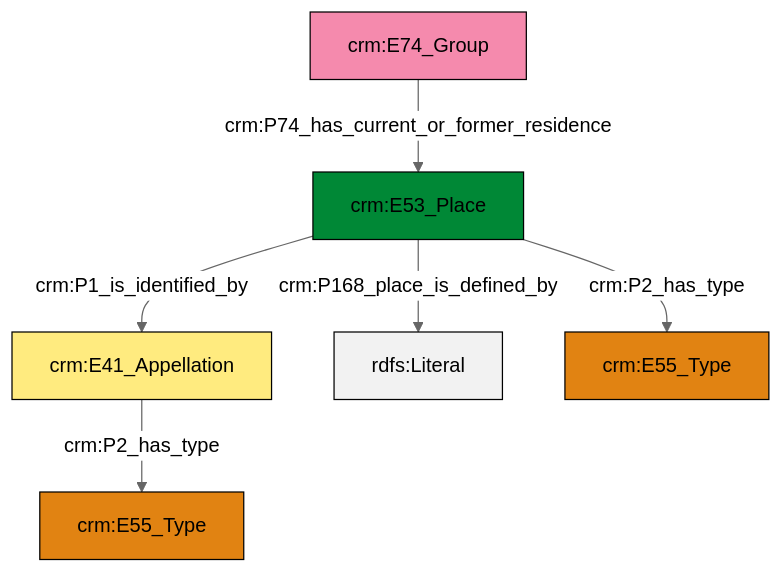
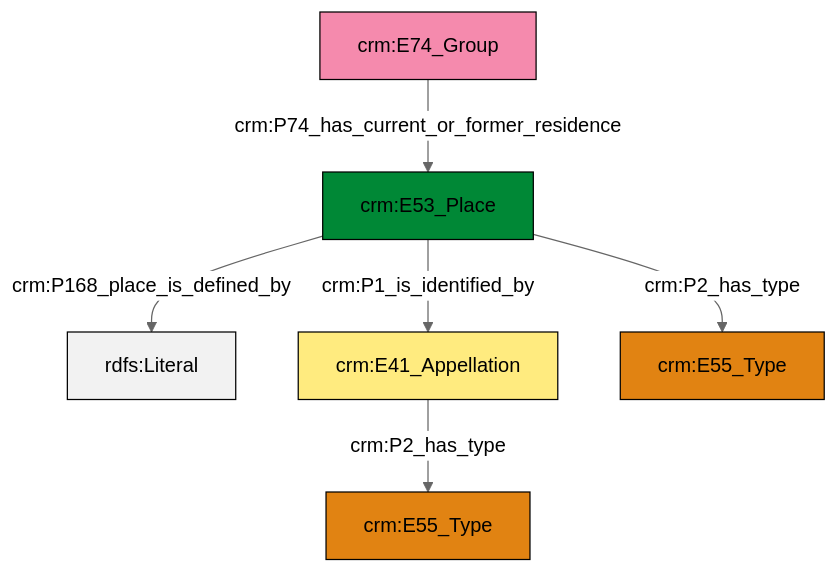
One commit to swiss-art-research-net/docs.swissartresearch changed the diagram in et/groupCSV/ttl/mmd/group_location.ttl.mmd. Above: the diagram before and after it, drawn with Mermaid (neutral theme). The commit also changed 176 other files, not shown here.

```diff
--- a/et/groupCSV/ttl/mmd/group_location.ttl.mmd
+++ b/et/groupCSV/ttl/mmd/group_location.ttl.mmd
@@ -1,20 +1,20 @@
 graph TD
 classDef Literal fill:#f2f2f2,stroke:#000000;
 classDef CRM_Entity fill:#FFFFFF,stroke:#000000;
 classDef Temporal_Entity fill:#00C9E6, stroke:#000000;
 classDef Type fill:#E18312, stroke:#000000;
 classDef Time-Span fill:#2C9C91, stroke:#000000;
 classDef Appellation fill:#FFEB7F, stroke:#000000;
 classDef Place fill:#008836, stroke:#000000;
 classDef Persistent_Item fill:#B266B2, stroke:#000000;
 classDef Conceptual_Object fill:#FFD700, stroke:#000000;
 classDef Physical_Thing fill:#D2B48C, stroke:#000000;
 classDef Actor fill:#f58aad, stroke:#000000;
 classDef PC_Classes fill:#4ce600, stroke:#000000;
 classDef Multi fill:#cccccc,stroke:#000000;
 
-4["crm:E53_Place"]:::Place -->|crm:P168_place_is_defined_by| 5[rdfs:Literal]:::Literal
-2["crm:E41_Appellation"]:::Appellation -->|crm:P2_has_type| 6["crm:E55_Type"]:::Type
-0["crm:E74_Group"]:::Actor -->|crm:P74_has_current_or_former_residence| 4["crm:E53_Place"]:::Place
-4["crm:E53_Place"]:::Place -->|crm:P1_is_identified_by| 2["crm:E41_Appellation"]:::Appellation
-4["crm:E53_Place"]:::Place -->|crm:P2_has_type| 8["crm:E55_Type"]:::Type
+0["crm:E53_Place"]:::Place -->|crm:P168_place_is_defined_by| 1[rdfs:Literal]:::Literal
+0["crm:E53_Place"]:::Place -->|crm:P1_is_identified_by| 2["crm:E41_Appellation"]:::Appellation
+9["crm:E74_Group"]:::Actor -->|crm:P74_has_current_or_former_residence| 0["crm:E53_Place"]:::Place
+0["crm:E53_Place"]:::Place -->|crm:P2_has_type| 7["crm:E55_Type"]:::Type
+2["crm:E41_Appellation"]:::Appellation -->|crm:P2_has_type| 5["crm:E55_Type"]:::Type
```
